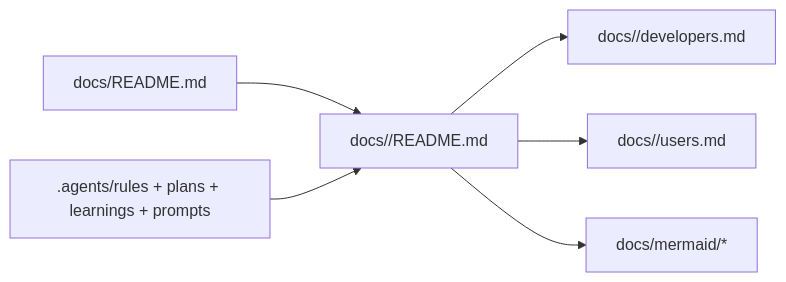
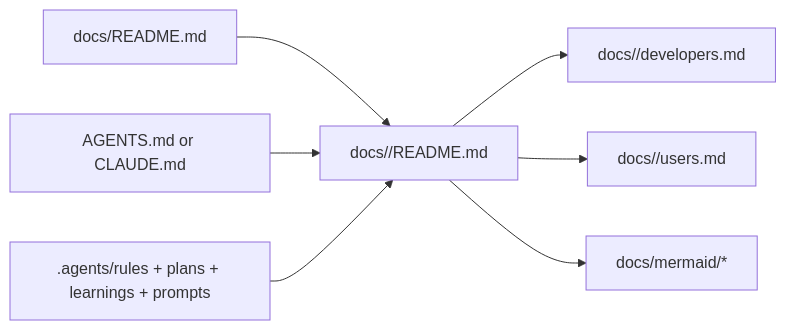
Before and after one commit to charleanpoor507/repo-hc: the first of 2 diagrams in docs/mermaid/workflow-docs-system.md, drawn with Mermaid. The commit also changed other lines of this file and 19 other files, not shown here.

````diff
--- a/docs/mermaid/workflow-docs-system.md
+++ b/docs/mermaid/workflow-docs-system.md
@@ -11,8 +13,9 @@
 ```mermaid
 flowchart LR
   HOME["docs/README.md"] --> FEATURE["docs/<feature>/README.md"]
   FEATURE --> DEV["docs/<feature>/developers.md"]
   FEATURE --> USER["docs/<feature>/users.md"]
   FEATURE --> MMD["docs/mermaid/*"]
+  BASELINE["AGENTS.md or CLAUDE.md"] --> FEATURE
   AGENTS[".agents/rules + plans + learnings + prompts"] --> FEATURE
 ```
````
